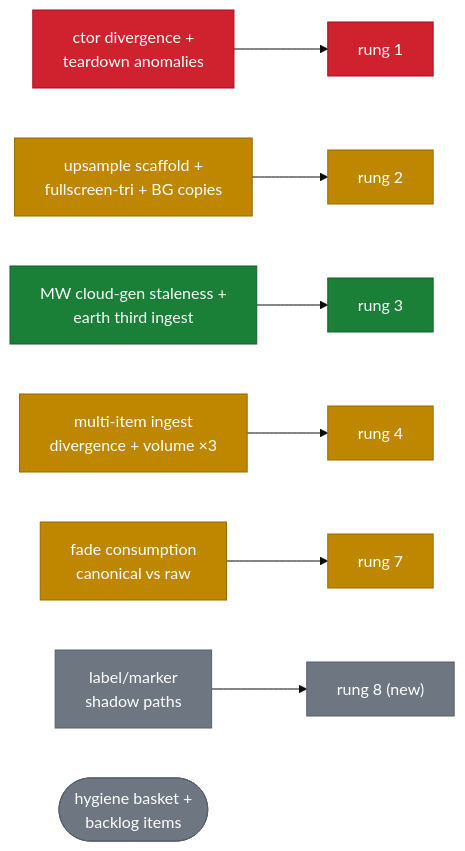
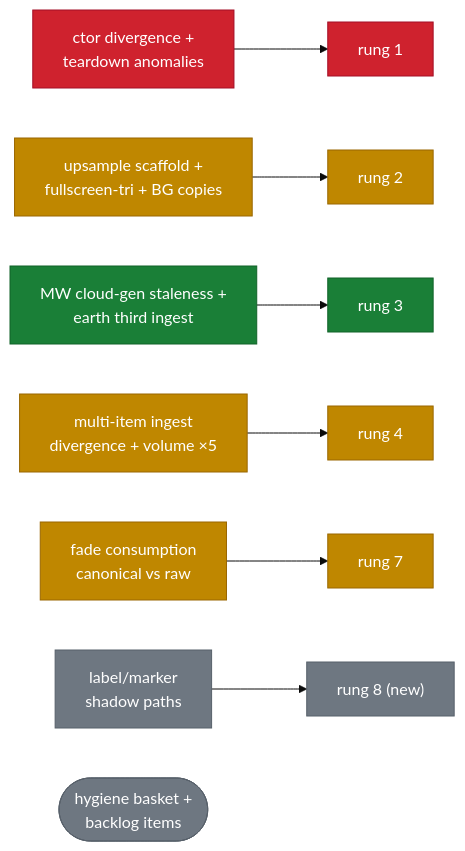
One commit to rulkens/skymap changed the diagram in docs/research/engine/renderer-layer-outliers.md. Above: the diagram before and after it, drawn with Mermaid (base theme).

Commit message:
docs(engine): ladder-diagram F4 node reads volume ingest ×5, not ×3
The §6 mermaid node kept the pre-survey count while the table row directly
below it already carries the swept ×5.

````diff
--- a/docs/research/engine/renderer-layer-outliers.md
+++ b/docs/research/engine/renderer-layer-outliers.md
@@ -175,20 +175,20 @@
 ```mermaid
 flowchart LR
     F1["ctor divergence +<br/>teardown anomalies"] --> R1["rung 1"]
     F2["upsample scaffold +<br/>fullscreen-tri + BG copies"] --> R2["rung 2"]
     F3["MW cloud-gen staleness +<br/>earth third ingest"] --> R3["rung 3"]
-    F4["multi-item ingest<br/>divergence + volume ×3"] --> R4["rung 4"]
+    F4["multi-item ingest<br/>divergence + volume ×5"] --> R4["rung 4"]
     F5["fade consumption<br/>canonical vs raw"] --> R7["rung 7"]
     F6["label/marker<br/>shadow paths"] --> R8["rung 8 (new)"]
     HYG(["hygiene basket +<br/>backlog items"])
     classDef good fill:#1a7f37,stroke:#116329,color:#ffffff
     classDef warn fill:#bf8700,stroke:#9a6700,color:#ffffff
     classDef bad fill:#cf222e,stroke:#a40e26,color:#ffffff
     classDef out fill:#6e7781,stroke:#57606a,color:#ffffff
     class F1,R1 bad
     class F2,R2,F5,R7 warn
     class F3,R3 good
     class F4,R4 warn
     class F6,R8 out
     class HYG out
 ```
````
